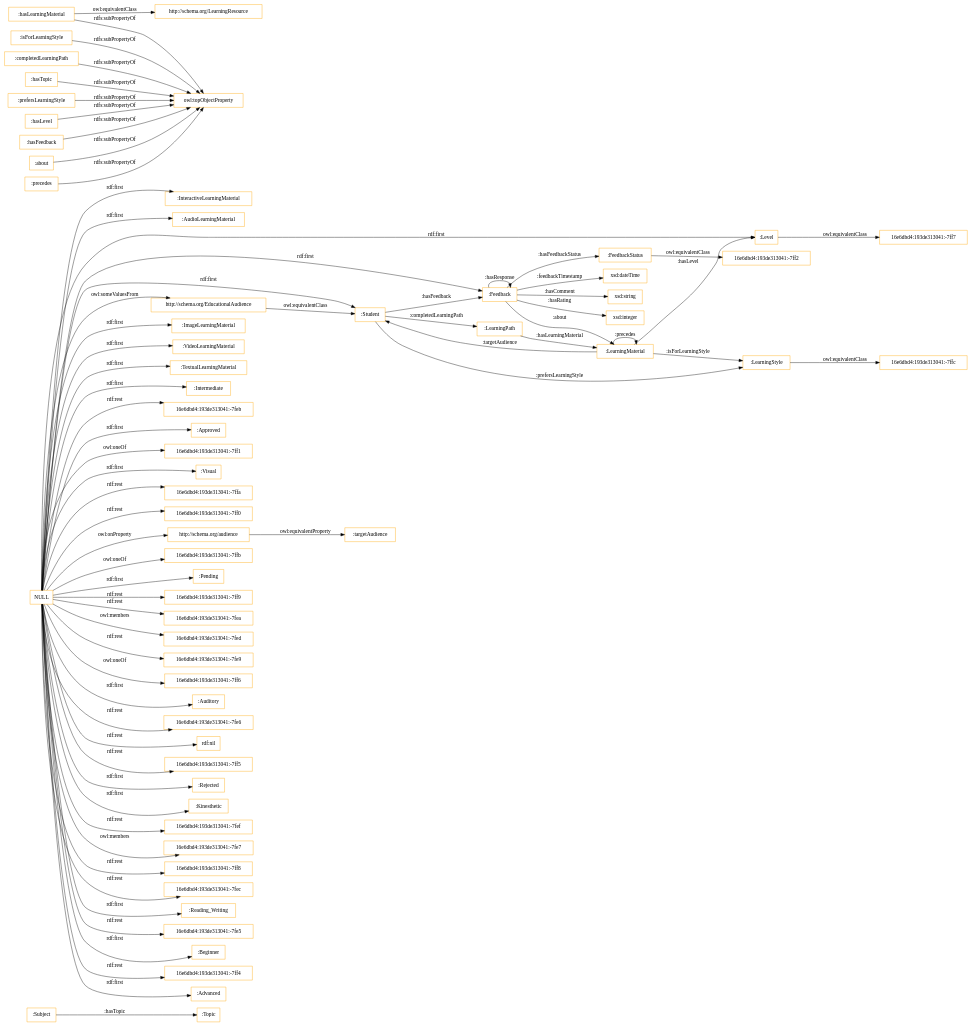
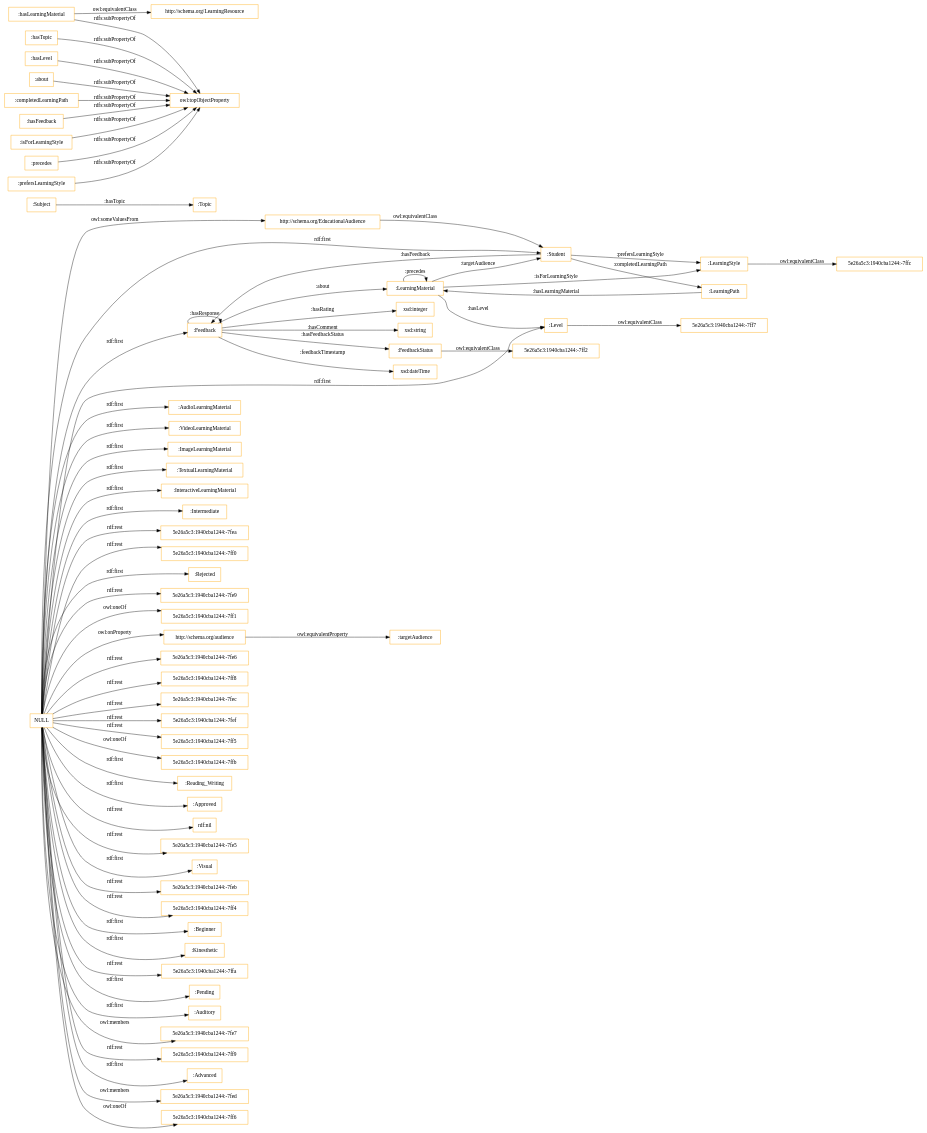
Before and after one commit to veyisTurgut/vb-rdf: the diagram in OnToology/vb-new.rdf/diagrams/ar2dtool-class/vb-new.rdf.png.dot, drawn with Graphviz. The commit also changed 12 other files, not shown here.

```diff
--- a/OnToology/vb-new.rdf/diagrams/ar2dtool-class/vb-new.rdf.png.dot
+++ b/OnToology/vb-new.rdf/diagrams/ar2dtool-class/vb-new.rdf.png.dot
@@ -1,75 +1,75 @@
 digraph ar2dtool_diagram { 
 rankdir=LR;
 size="1501"
-node [shape = rectangle, color="orange"]; ":Subject" "16e6dbd4:193de313041:-7ffc" "16e6dbd4:193de313041:-7ff7" ":InteractiveLearningMaterial" ":FeedbackStatus" ":AudioLearningMaterial" "http://schema.org/LearningResource" ":Feedback" ":LearningStyle" "16e6dbd4:193de313041:-7ff2" "http://schema.org/EducationalAudience" ":Student" ":Level" ":LearningMaterial" ":ImageLearningMaterial" ":Topic" ":LearningPath" ":VideoLearningMaterial" ":TextualLearningMaterial" ; /*classes style*/
+node [shape = rectangle, color="orange"]; ":FeedbackStatus" ":AudioLearningMaterial" ":VideoLearningMaterial" ":Subject" "5e26a5c3:1940cba1244:-7ffc" "http://schema.org/LearningResource" "5e26a5c3:1940cba1244:-7ff2" ":LearningStyle" "http://schema.org/EducationalAudience" ":Topic" ":ImageLearningMaterial" ":Level" ":Student" ":LearningMaterial" ":TextualLearningMaterial" ":LearningPath" "5e26a5c3:1940cba1244:-7ff7" ":InteractiveLearningMaterial" ":Feedback" ; /*classes style*/
 	"NULL" -> ":Intermediate" [ label = "rdf:first" ];
-	"NULL" -> "16e6dbd4:193de313041:-7feb" [ label = "rdf:rest" ];
+	"NULL" -> "5e26a5c3:1940cba1244:-7fea" [ label = "rdf:rest" ];
+	"NULL" -> "5e26a5c3:1940cba1244:-7ff0" [ label = "rdf:rest" ];
+	"NULL" -> "http://schema.org/EducationalAudience" [ label = "owl:someValuesFrom" ];
+	"NULL" -> ":Rejected" [ label = "rdf:first" ];
+	"NULL" -> "5e26a5c3:1940cba1244:-7fe9" [ label = "rdf:rest" ];
+	"NULL" -> "5e26a5c3:1940cba1244:-7ff1" [ label = "owl:oneOf" ];
+	"NULL" -> "http://schema.org/audience" [ label = "owl:onProperty" ];
+	"NULL" -> "5e26a5c3:1940cba1244:-7fe6" [ label = "rdf:rest" ];
+	"NULL" -> ":Level" [ label = "rdf:first" ];
+	"NULL" -> "5e26a5c3:1940cba1244:-7ff8" [ label = "rdf:rest" ];
+	"NULL" -> "5e26a5c3:1940cba1244:-7fec" [ label = "rdf:rest" ];
+	"NULL" -> "5e26a5c3:1940cba1244:-7fef" [ label = "rdf:rest" ];
+	"NULL" -> "5e26a5c3:1940cba1244:-7ff5" [ label = "rdf:rest" ];
+	"NULL" -> "5e26a5c3:1940cba1244:-7ffb" [ label = "owl:oneOf" ];
+	"NULL" -> ":Reading_Writing" [ label = "rdf:first" ];
+	"NULL" -> ":TextualLearningMaterial" [ label = "rdf:first" ];
 	"NULL" -> ":Approved" [ label = "rdf:first" ];
+	"NULL" -> ":InteractiveLearningMaterial" [ label = "rdf:first" ];
+	"NULL" -> "rdf:nil" [ label = "rdf:rest" ];
+	"NULL" -> ":ImageLearningMaterial" [ label = "rdf:first" ];
+	"NULL" -> "5e26a5c3:1940cba1244:-7fe5" [ label = "rdf:rest" ];
+	"NULL" -> ":Visual" [ label = "rdf:first" ];
+	"NULL" -> ":Feedback" [ label = "rdf:first" ];
+	"NULL" -> "5e26a5c3:1940cba1244:-7feb" [ label = "rdf:rest" ];
+	"NULL" -> "5e26a5c3:1940cba1244:-7ff4" [ label = "rdf:rest" ];
+	"NULL" -> ":Beginner" [ label = "rdf:first" ];
+	"NULL" -> ":Kinesthetic" [ label = "rdf:first" ];
+	"NULL" -> "5e26a5c3:1940cba1244:-7ffa" [ label = "rdf:rest" ];
+	"NULL" -> ":Pending" [ label = "rdf:first" ];
+	"NULL" -> ":Auditory" [ label = "rdf:first" ];
+	"NULL" -> "5e26a5c3:1940cba1244:-7fe7" [ label = "owl:members" ];
+	"NULL" -> ":Student" [ label = "rdf:first" ];
 	"NULL" -> ":AudioLearningMaterial" [ label = "rdf:first" ];
-	"NULL" -> ":ImageLearningMaterial" [ label = "rdf:first" ];
-	"NULL" -> "http://schema.org/EducationalAudience" [ label = "owl:someValuesFrom" ];
-	"NULL" -> "16e6dbd4:193de313041:-7ff1" [ label = "owl:oneOf" ];
-	"NULL" -> ":Visual" [ label = "rdf:first" ];
-	"NULL" -> "16e6dbd4:193de313041:-7ffa" [ label = "rdf:rest" ];
-	"NULL" -> "16e6dbd4:193de313041:-7ff0" [ label = "rdf:rest" ];
-	"NULL" -> "http://schema.org/audience" [ label = "owl:onProperty" ];
-	"NULL" -> ":Student" [ label = "rdf:first" ];
-	"NULL" -> ":Level" [ label = "rdf:first" ];
-	"NULL" -> "16e6dbd4:193de313041:-7ffb" [ label = "owl:oneOf" ];
-	"NULL" -> ":Pending" [ label = "rdf:first" ];
-	"NULL" -> "16e6dbd4:193de313041:-7ff9" [ label = "rdf:rest" ];
-	"NULL" -> ":TextualLearningMaterial" [ label = "rdf:first" ];
-	"NULL" -> "16e6dbd4:193de313041:-7fea" [ label = "rdf:rest" ];
-	"NULL" -> "16e6dbd4:193de313041:-7fed" [ label = "owl:members" ];
-	"NULL" -> "16e6dbd4:193de313041:-7fe9" [ label = "rdf:rest" ];
-	"NULL" -> "16e6dbd4:193de313041:-7ff6" [ label = "owl:oneOf" ];
-	"NULL" -> ":Feedback" [ label = "rdf:first" ];
-	"NULL" -> ":Auditory" [ label = "rdf:first" ];
-	"NULL" -> "16e6dbd4:193de313041:-7fe6" [ label = "rdf:rest" ];
-	"NULL" -> "rdf:nil" [ label = "rdf:rest" ];
-	"NULL" -> "16e6dbd4:193de313041:-7ff5" [ label = "rdf:rest" ];
-	"NULL" -> ":Rejected" [ label = "rdf:first" ];
-	"NULL" -> ":Kinesthetic" [ label = "rdf:first" ];
-	"NULL" -> "16e6dbd4:193de313041:-7fef" [ label = "rdf:rest" ];
-	"NULL" -> "16e6dbd4:193de313041:-7fe7" [ label = "owl:members" ];
-	"NULL" -> "16e6dbd4:193de313041:-7ff8" [ label = "rdf:rest" ];
-	"NULL" -> "16e6dbd4:193de313041:-7fec" [ label = "rdf:rest" ];
-	"NULL" -> ":Reading_Writing" [ label = "rdf:first" ];
-	"NULL" -> "16e6dbd4:193de313041:-7fe5" [ label = "rdf:rest" ];
+	"NULL" -> "5e26a5c3:1940cba1244:-7ff9" [ label = "rdf:rest" ];
+	"NULL" -> ":Advanced" [ label = "rdf:first" ];
+	"NULL" -> "5e26a5c3:1940cba1244:-7fed" [ label = "owl:members" ];
 	"NULL" -> ":VideoLearningMaterial" [ label = "rdf:first" ];
-	"NULL" -> ":Beginner" [ label = "rdf:first" ];
-	"NULL" -> "16e6dbd4:193de313041:-7ff4" [ label = "rdf:rest" ];
-	"NULL" -> ":InteractiveLearningMaterial" [ label = "rdf:first" ];
-	"NULL" -> ":Advanced" [ label = "rdf:first" ];
-	":isForLearningStyle" -> "owl:topObjectProperty" [ label = "rdfs:subPropertyOf" ];
-	":completedLearningPath" -> "owl:topObjectProperty" [ label = "rdfs:subPropertyOf" ];
+	"NULL" -> "5e26a5c3:1940cba1244:-7ff6" [ label = "owl:oneOf" ];
+	":hasTopic" -> "owl:topObjectProperty" [ label = "rdfs:subPropertyOf" ];
 	"http://schema.org/audience" -> ":targetAudience" [ label = "owl:equivalentProperty" ];
-	":hasTopic" -> "owl:topObjectProperty" [ label = "rdfs:subPropertyOf" ];
-	":LearningStyle" -> "16e6dbd4:193de313041:-7ffc" [ label = "owl:equivalentClass" ];
-	":prefersLearningStyle" -> "owl:topObjectProperty" [ label = "rdfs:subPropertyOf" ];
 	":hasLevel" -> "owl:topObjectProperty" [ label = "rdfs:subPropertyOf" ];
-	"http://schema.org/EducationalAudience" -> ":Student" [ label = "owl:equivalentClass" ];
-	":hasFeedback" -> "owl:topObjectProperty" [ label = "rdfs:subPropertyOf" ];
-	":FeedbackStatus" -> "16e6dbd4:193de313041:-7ff2" [ label = "owl:equivalentClass" ];
+	":FeedbackStatus" -> "5e26a5c3:1940cba1244:-7ff2" [ label = "owl:equivalentClass" ];
 	":about" -> "owl:topObjectProperty" [ label = "rdfs:subPropertyOf" ];
 	":hasLearningMaterial" -> "http://schema.org/LearningResource" [ label = "owl:equivalentClass" ];
 	":hasLearningMaterial" -> "owl:topObjectProperty" [ label = "rdfs:subPropertyOf" ];
-	":Level" -> "16e6dbd4:193de313041:-7ff7" [ label = "owl:equivalentClass" ];
+	":completedLearningPath" -> "owl:topObjectProperty" [ label = "rdfs:subPropertyOf" ];
+	"http://schema.org/EducationalAudience" -> ":Student" [ label = "owl:equivalentClass" ];
+	":Level" -> "5e26a5c3:1940cba1244:-7ff7" [ label = "owl:equivalentClass" ];
+	":hasFeedback" -> "owl:topObjectProperty" [ label = "rdfs:subPropertyOf" ];
+	":isForLearningStyle" -> "owl:topObjectProperty" [ label = "rdfs:subPropertyOf" ];
 	":precedes" -> "owl:topObjectProperty" [ label = "rdfs:subPropertyOf" ];
+	":prefersLearningStyle" -> "owl:topObjectProperty" [ label = "rdfs:subPropertyOf" ];
+	":LearningStyle" -> "5e26a5c3:1940cba1244:-7ffc" [ label = "owl:equivalentClass" ];
+	":Feedback" -> ":Feedback" [ label = ":hasResponse" ];
+	":Feedback" -> ":LearningMaterial" [ label = ":about" ];
+	":LearningMaterial" -> ":LearningStyle" [ label = ":isForLearningStyle" ];
+	":Feedback" -> "xsd:integer" [ label = ":hasRating" ];
+	":LearningPath" -> ":LearningMaterial" [ label = ":hasLearningMaterial" ];
+	":Student" -> ":Feedback" [ label = ":hasFeedback" ];
+	":Student" -> ":LearningStyle" [ label = ":prefersLearningStyle" ];
 	":Feedback" -> ":FeedbackStatus" [ label = ":hasFeedbackStatus" ];
+	":Feedback" -> "xsd:string" [ label = ":hasComment" ];
+	":Subject" -> ":Topic" [ label = ":hasTopic" ];
 	":Feedback" -> "xsd:dateTime" [ label = ":feedbackTimestamp" ];
-	":Feedback" -> "xsd:string" [ label = ":hasComment" ];
-	":Student" -> ":Feedback" [ label = ":hasFeedback" ];
-	":LearningMaterial" -> ":LearningMaterial" [ label = ":precedes" ];
-	":LearningPath" -> ":LearningMaterial" [ label = ":hasLearningMaterial" ];
-	":Student" -> ":LearningPath" [ label = ":completedLearningPath" ];
-	":LearningMaterial" -> ":LearningStyle" [ label = ":isForLearningStyle" ];
-	":Subject" -> ":Topic" [ label = ":hasTopic" ];
 	":LearningMaterial" -> ":Student" [ label = ":targetAudience" ];
 	":LearningMaterial" -> ":Level" [ label = ":hasLevel" ];
-	":Feedback" -> ":Feedback" [ label = ":hasResponse" ];
-	":Student" -> ":LearningStyle" [ label = ":prefersLearningStyle" ];
-	":Feedback" -> ":LearningMaterial" [ label = ":about" ];
-	":Feedback" -> "xsd:integer" [ label = ":hasRating" ];
+	":LearningMaterial" -> ":LearningMaterial" [ label = ":precedes" ];
+	":Student" -> ":LearningPath" [ label = ":completedLearningPath" ];
 
 }
```
